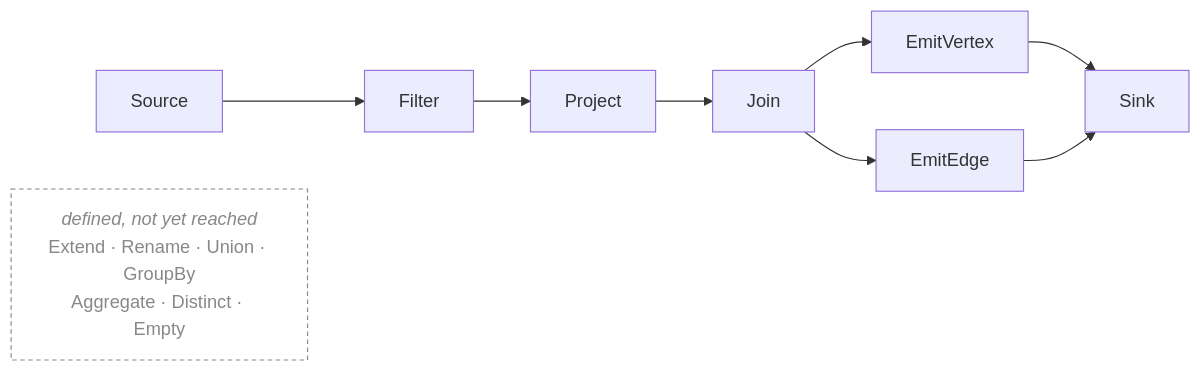
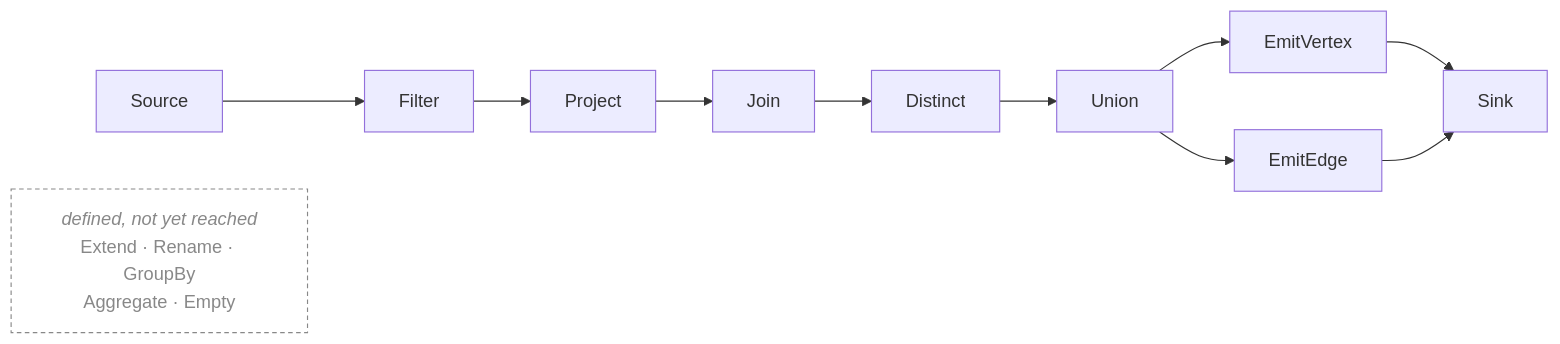
One commit to Kanzo-Tech/fossil-lang changed the second of 2 diagrams in apps/docs/content/docs/design/algebra.mdx. Above: the diagram before and after it, drawn with Mermaid. The commit also changed other lines of this file and 8 other files, not shown here.

````diff
--- a/apps/docs/content/docs/design/algebra.mdx
+++ b/apps/docs/content/docs/design/algebra.mdx
@@ -104,9 +104,10 @@
 ```mermaid
 graph LR
   SRC["Source"] --> FIL["Filter"] --> PRJ["Project"] --> JOI["Join"]
-  JOI --> EV["EmitVertex"] --> SNK["Sink"]
-  JOI --> EE["EmitEdge"] --> SNK
-  WAIT["<i>defined, not yet reached</i><br/>Extend · Rename · Union · GroupBy<br/>Aggregate · Distinct · Empty"]
+  JOI --> DIS["Distinct"] --> UNI["Union"]
+  UNI --> EV["EmitVertex"] --> SNK["Sink"]
+  UNI --> EE["EmitEdge"] --> SNK
+  WAIT["<i>defined, not yet reached</i><br/>Extend · Rename · GroupBy<br/>Aggregate · Empty"]
   classDef unreached stroke-dasharray:4 3,color:#888,stroke:#888,fill:none
   class WAIT unreached
 ```
````
